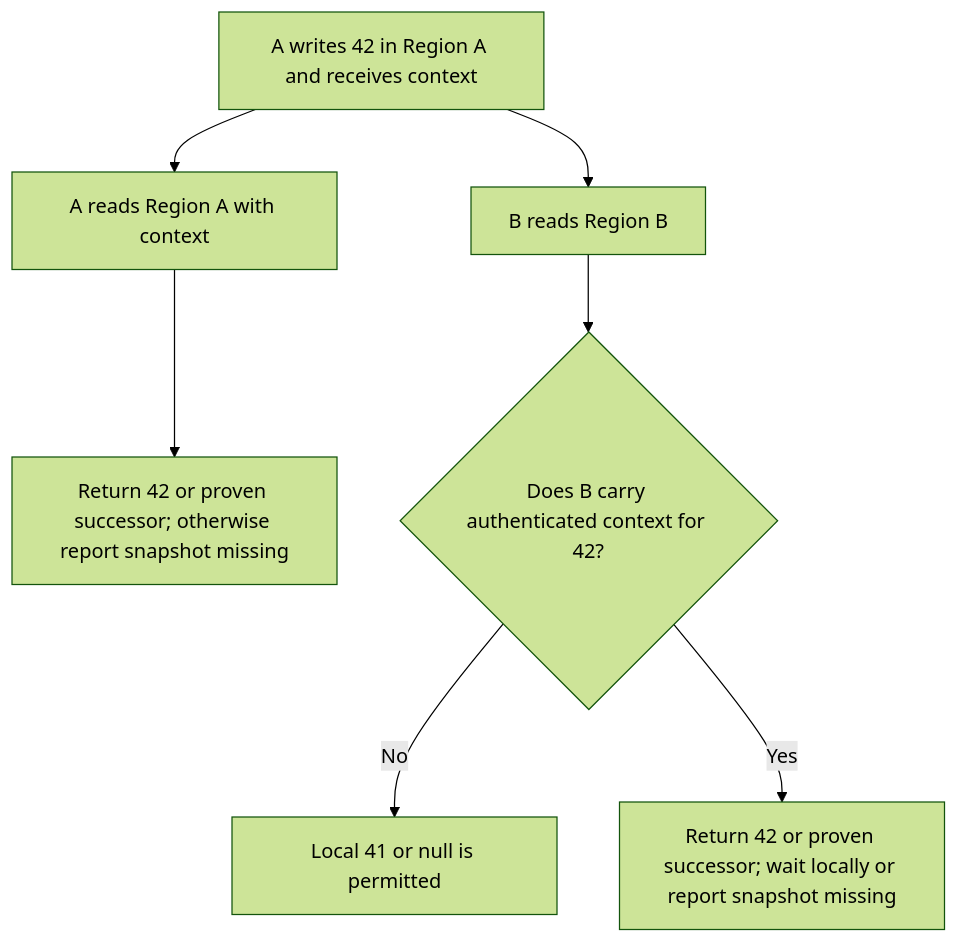
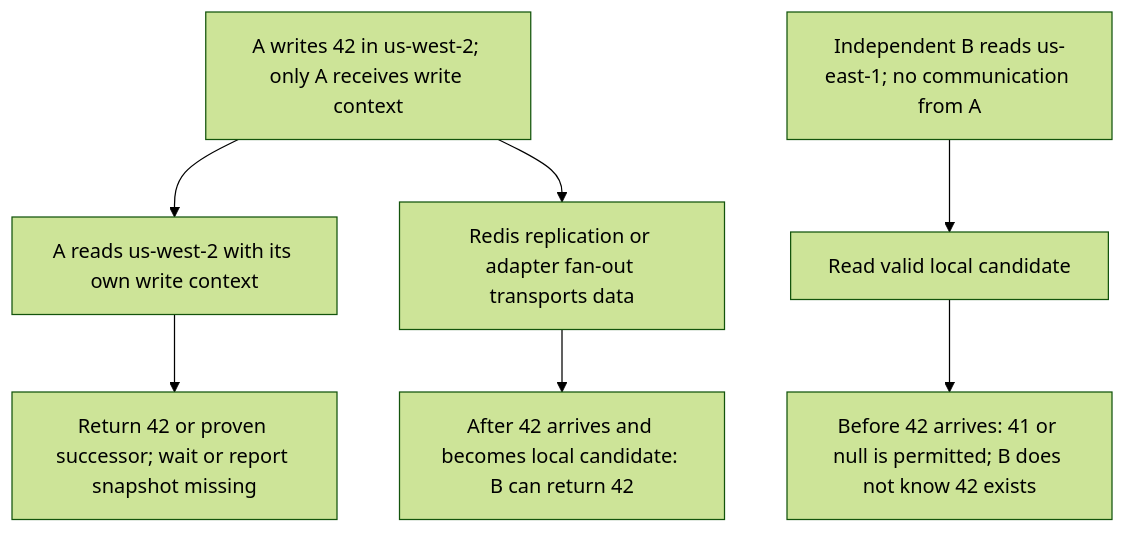
The second of 2 diagrams in consistency.md (alberttwong/redis-multi-region-adapter), drawn with Mermaid (forest theme) before and after one commit. The commit also changed other lines of this file and 12 other files, not shown here.

Commit message:
Clarify independent regional readers and writers without context sharing

````diff
--- a/consistency.md
+++ b/consistency.md
@@ -26,9 +26,9 @@
 ```mermaid
 flowchart TD
-    Write["A writes 42 in Region A and receives context"] --> A["A reads Region A with context"]
-    A --> AR["Return 42 or proven successor; otherwise report snapshot missing"]
-    Write --> B["B reads Region B"]
-    B --> Token{"Does B carry authenticated context for 42?"}
-    Token -->|No| Old["Local 41 or null is permitted"]
-    Token -->|Yes| Protected["Return 42 or proven successor; wait locally or report snapshot missing"]
+    Write["A writes 42 in us-west-2; only A receives write context"] --> A["A reads us-west-2 with its own write context"]
+    A --> AR["Return 42 or proven successor; wait or report snapshot missing"]
+    Write --> Delivery["Redis replication or adapter fan-out transports data"]
+    B["Independent B reads us-east-1; no communication from A"] --> Local["Read valid local candidate"]
+    Local --> Before["Before 42 arrives: 41 or null is permitted; B does not know 42 exists"]
+    Delivery --> After["After 42 arrives and becomes local candidate: B can return 42"]
 ```
````
